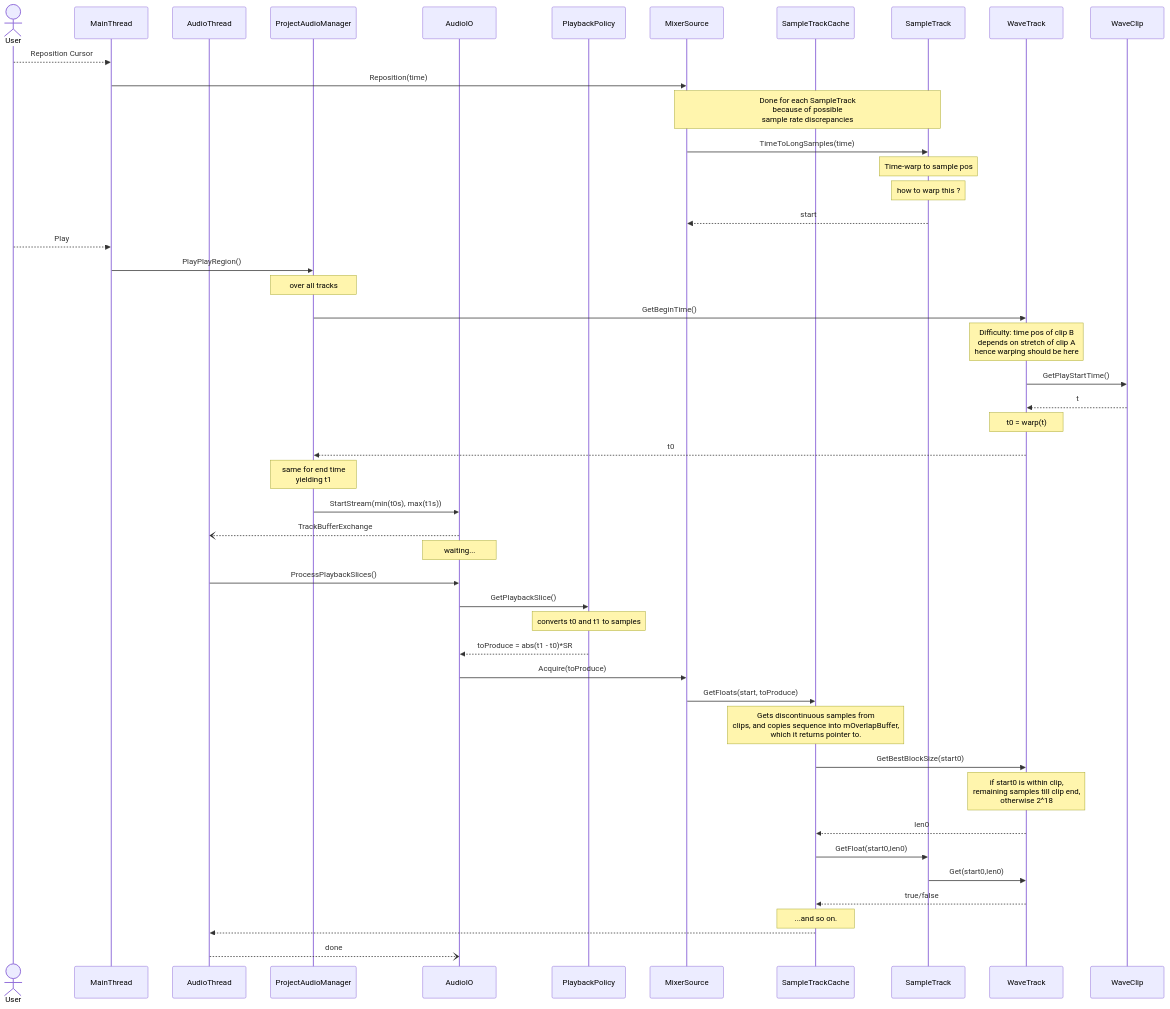
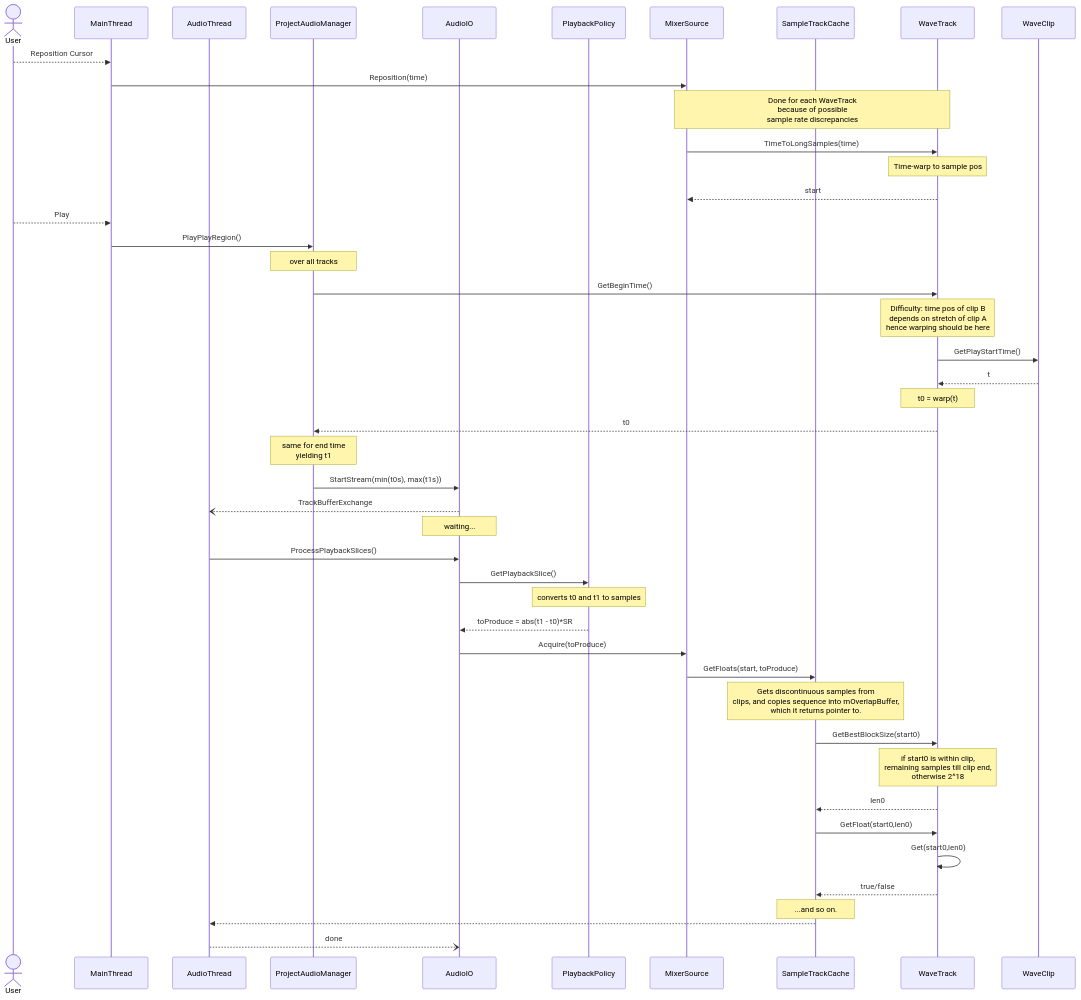
The diagram in libraries/lib-time-stretcher/readme.md (saintmatthieu/audacity), drawn with Mermaid before and after one commit.

Commit message:
readme simplification

````diff
--- a/libraries/lib-time-stretcher/readme.md
+++ b/libraries/lib-time-stretcher/readme.md
@@ -1,52 +1,50 @@
 ```mermaid
 sequenceDiagram
     actor User
     participant MainThread
     participant AudioThread
     participant ProjectAudioManager
     participant AudioIO
     participant PlaybackPolicy
     participant MixerSource
     participant SampleTrackCache
-    participant SampleTrack
     participant WaveTrack
     participant WaveClip
 
     User -->> MainThread:Reposition Cursor
     MainThread ->>MixerSource:Reposition(time)
-    Note over MixerSource, SampleTrack: Done for each SampleTrack<br/>because of possible<br/>sample rate discrepancies
-    MixerSource ->> SampleTrack:TimeToLongSamples(time)
-    Note over SampleTrack:Time-warp to sample pos
-    Note over SampleTrack:how to warp this ?
-    SampleTrack -->> MixerSource:start
+    Note over MixerSource, WaveTrack: Done for each WaveTrack<br/>because of possible<br/>sample rate discrepancies
+    MixerSource ->> WaveTrack:TimeToLongSamples(time)
+    Note over WaveTrack:Time-warp to sample pos
+    WaveTrack -->> MixerSource:start
 
     User -->> MainThread:Play
     MainThread->>ProjectAudioManager:PlayPlayRegion()
     Note over ProjectAudioManager:over all tracks
     ProjectAudioManager->>WaveTrack:GetBeginTime()
     Note over WaveTrack:Difficulty: time pos of clip B<br/>depends on stretch of clip A<br/>hence warping should be here
     WaveTrack->>WaveClip:GetPlayStartTime()
     WaveClip-->>WaveTrack:t
     Note over WaveTrack:t0 = warp(t)
     WaveTrack-->>ProjectAudioManager:t0
     Note over ProjectAudioManager:same for end time<br/>yielding t1
     ProjectAudioManager->>AudioIO:StartStream(min(t0s), max(t1s))
     AudioIO--)AudioThread:TrackBufferExchange
     Note over AudioIO:waiting...
     AudioThread->>AudioIO:ProcessPlaybackSlices()
     AudioIO->>PlaybackPolicy:GetPlaybackSlice()
     Note over PlaybackPolicy:converts t0 and t1 to samples
     PlaybackPolicy-->>AudioIO:toProduce = abs(t1 - t0)*SR
     AudioIO ->> MixerSource:Acquire(toProduce)
     MixerSource->>SampleTrackCache:GetFloats(start, toProduce)
     Note over SampleTrackCache:Gets discontinuous samples from<br/>clips,  and copies sequence into mOverlapBuffer,<br/>which it returns pointer to.
     SampleTrackCache ->> WaveTrack:GetBestBlockSize(start0)
     Note over WaveTrack:if start0 is within clip,<br/>remaining samples till clip end,<br/>otherwise 2^18
     WaveTrack -->> SampleTrackCache:len0
-    SampleTrackCache->>SampleTrack:GetFloat(start0,len0)
-    SampleTrack->>WaveTrack:Get(start0,len0)
+    SampleTrackCache->>WaveTrack:GetFloat(start0,len0)
+    WaveTrack->>WaveTrack:Get(start0,len0)
     WaveTrack-->>SampleTrackCache:true/false
     Note over SampleTrackCache:...and so on.
     SampleTrackCache-->>AudioThread: 
     AudioThread--)AudioIO:done
 ```
````
